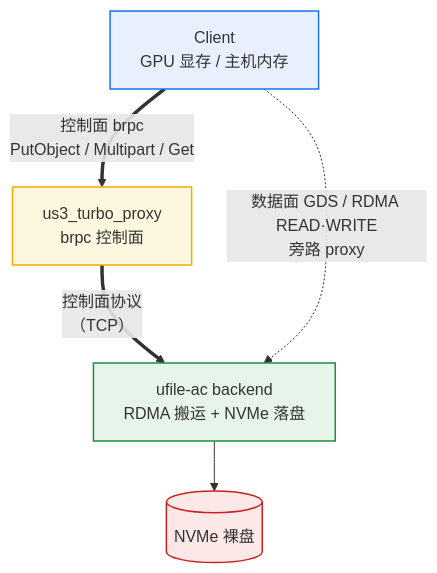
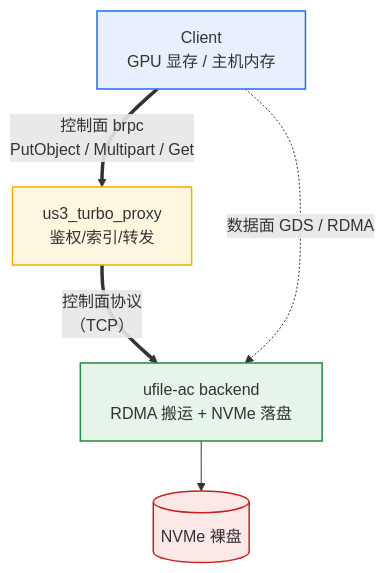
Before and after one commit to Starlight15/Us3Turbo: the first of 3 diagrams in docs/PROJECT_OVERVIEW.md, drawn with Mermaid. The commit also changed 3 other files, not shown here.

````diff
--- a/docs/PROJECT_OVERVIEW.md
+++ b/docs/PROJECT_OVERVIEW.md
@@ -53,21 +53,21 @@
 ```mermaid
 flowchart TB
   CL["Client<br/>GPU 显存 / 主机内存"]
-  PX["us3_turbo_proxy<br/>brpc 控制面"]
+  PX["us3_turbo_proxy<br/> 鉴权/索引/转发"]
   DISP["ufile-ac backend<br/>RDMA 搬运 + NVMe 落盘"]
   NVMe[("NVMe 裸盘")]
 
   CL ==>|"控制面 brpc<br/>PutObject / Multipart / Get"| PX
   PX ==>|"控制面协议<br/>（TCP）"| DISP
-  CL -.->|"数据面 GDS / RDMA READ·WRITE<br/>旁路 proxy"| DISP
+  CL -.->|"数据面 GDS / RDMA<br/>"| DISP
   DISP --> NVMe
 
   classDef client fill:#e8f0fe,stroke:#1a73e8,stroke-width:1.5px
   classDef proxy  fill:#fef7e0,stroke:#f9ab00,stroke-width:1.5px
   classDef back   fill:#e6f4ea,stroke:#1e8e3e,stroke-width:1.5px
   classDef disk   fill:#fce8e6,stroke:#c5221f,stroke-width:1.5px
   class CL client
   class PX proxy
   class DISP back
   class NVMe disk
 ```
````
